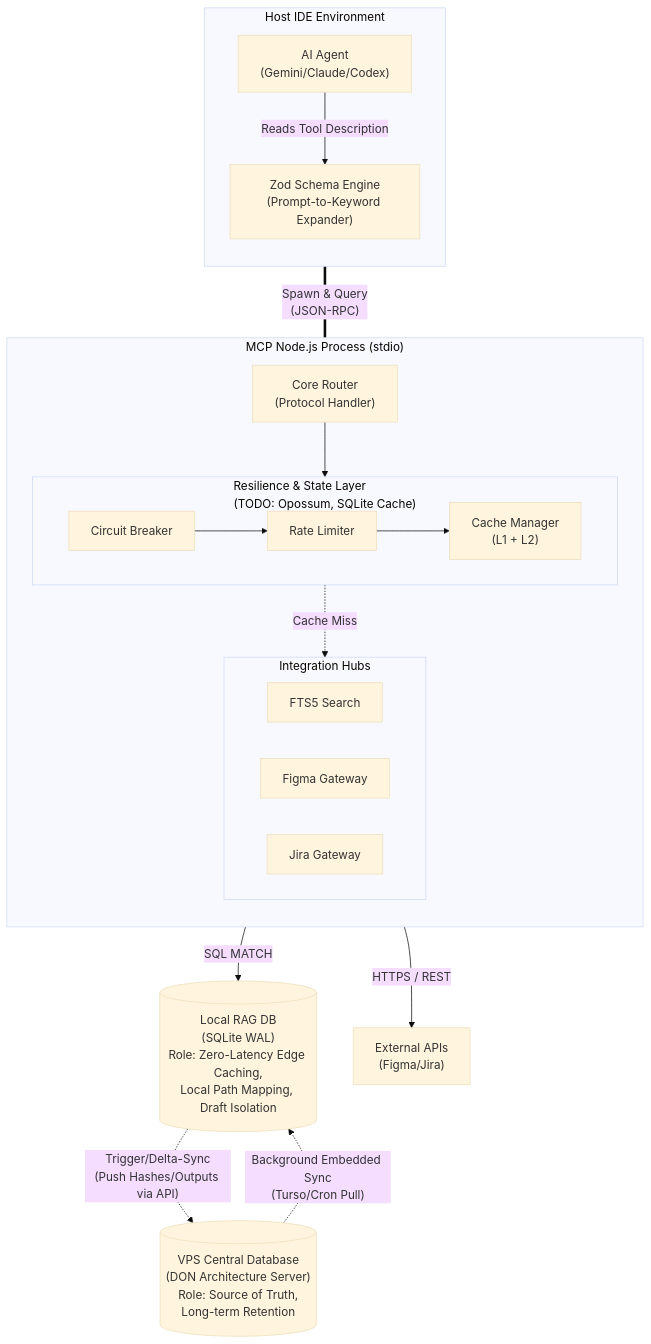
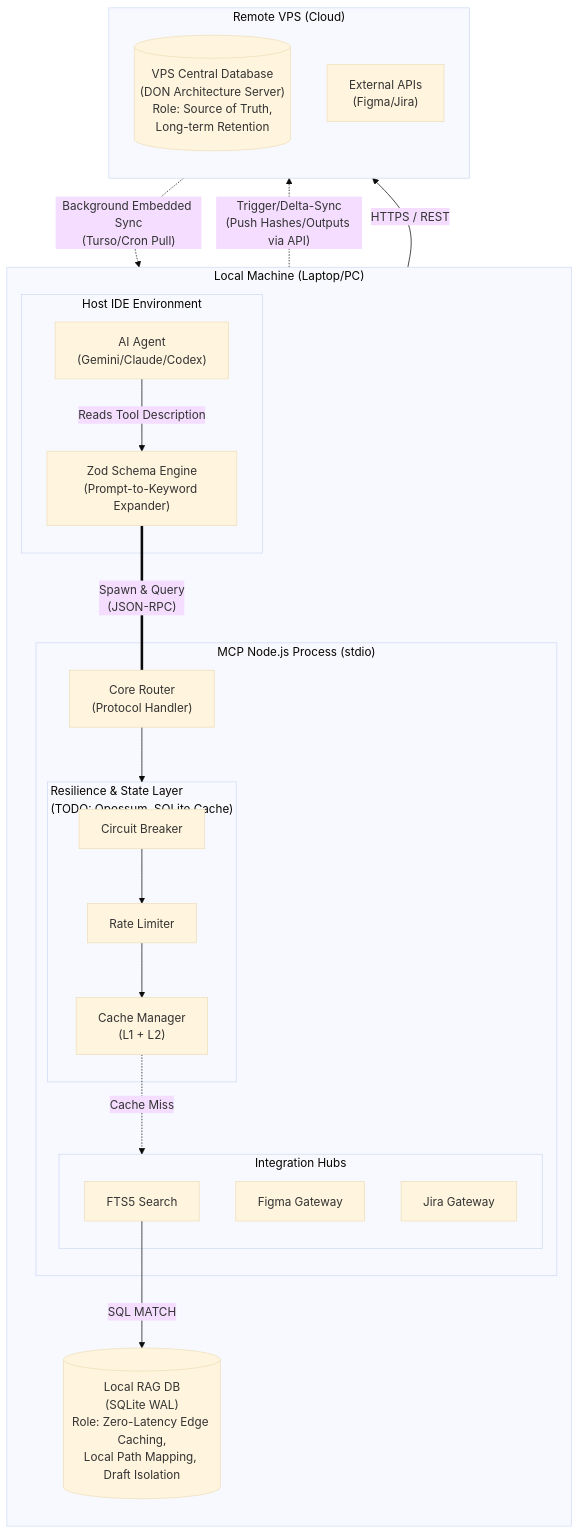
The third of 4 diagrams in README.md (cachep-xidau/MCP-server), drawn with Mermaid (base theme) before and after one commit.

Commit message:
docs: restructure C4 diagram using isolated subgraphs for Local and Cloud environments

````diff
--- a/README.md
+++ b/README.md
@@ -88,43 +88,48 @@
 ```mermaid
 flowchart TD
-    subgraph HostIDE["Host IDE Environment"]
+    subgraph Local_Workspace["Local Machine (Laptop/PC)"]
         direction TB
-        Agent["AI Agent\n(Gemini/Claude/Codex)"]
-        Expander["Zod Schema Engine\n(Prompt-to-Keyword Expander)"]
-        Agent -- "Reads Tool Description" --> Expander
+        
+        subgraph HostIDE["Host IDE Environment"]
+            Agent["AI Agent\n(Gemini/Claude/Codex)"]
+            Expander["Zod Schema Engine\n(Prompt-to-Keyword Expander)"]
+            Agent -- "Reads Tool Description" --> Expander
+        end
+
+        subgraph MCP_Process["MCP Node.js Process (stdio)"]
+            Router["Core Router\n(Protocol Handler)"]
+
+            subgraph ResilienceLayer["Resilience & State Layer\n(TODO: Opossum, SQLite Cache)"]
+                Breaker["Circuit Breaker"]
+                Limiter["Rate Limiter"]
+                Cache["Cache Manager\n(L1 + L2)"]
+            end
+
+            subgraph ToolsLayer["Integration Hubs"]
+                T_Search["FTS5 Search"]
+                T_Figma["Figma Gateway"]
+                T_Jira["Jira Gateway"]
+            end
+
+            Router --> ResilienceLayer
+            Breaker --> Limiter
+            Limiter --> Cache
+            Cache -. "Cache Miss" .-> ToolsLayer
+        end
+
+        LocalDB[("Local RAG DB\n(SQLite WAL)\nRole: Zero-Latency Edge Caching,\nLocal Path Mapping, Draft Isolation")]
+        
+        Expander == "Spawn & Query\n(JSON-RPC)" === Router
+        T_Search -- "SQL MATCH" --> LocalDB
     end
 
-    subgraph MCP_Process["MCP Node.js Process (stdio)"]
+    subgraph Cloud_Environment["Remote VPS (Cloud)"]
         direction TB
-        Router["Core Router\n(Protocol Handler)"]
-
-        subgraph ResilienceLayer["Resilience & State Layer\n(TODO: Opossum, SQLite Cache)"]
-            direction LR
-            Breaker["Circuit Breaker"]
-            Limiter["Rate Limiter"]
-            Cache["Cache Manager\n(L1 + L2)"]
-        end
-
-        subgraph ToolsLayer["Integration Hubs"]
-            direction LR
-            T_Search["FTS5 Search"]
-            T_Figma["Figma Gateway"]
-            T_Jira["Jira Gateway"]
-        end
-
-        Router --> ResilienceLayer
-        Breaker --> Limiter
-        Limiter --> Cache
-        Cache -. "Cache Miss" .-> ToolsLayer
+        MasterDB[("VPS Central Database\n(DON Architecture Server)\nRole: Source of Truth,\nLong-term Retention")]
+        ExtAPIs["External APIs\n(Figma/Jira)"]
     end
 
-    LocalDB[("Local RAG DB\n(SQLite WAL)\nRole: Zero-Latency Edge Caching,\nLocal Path Mapping, Draft Isolation")]
-    MasterDB[("VPS Central Database\n(DON Architecture Server)\nRole: Source of Truth,\nLong-term Retention")]
-    ExtAPIs["External APIs\n(Figma/Jira)"]
-
-    Expander == "Spawn & Query\n(JSON-RPC)" === Router
-    T_Search -- "SQL MATCH" --> LocalDB
     ToolsLayer -- "HTTPS / REST" --> ExtAPIs
     LocalDB -. "Trigger/Delta-Sync\n(Push Hashes/Outputs via API)" .-> MasterDB
     MasterDB -. "Background Embedded Sync\n(Turso/Cron Pull)" .-> LocalDB
 ```
````
